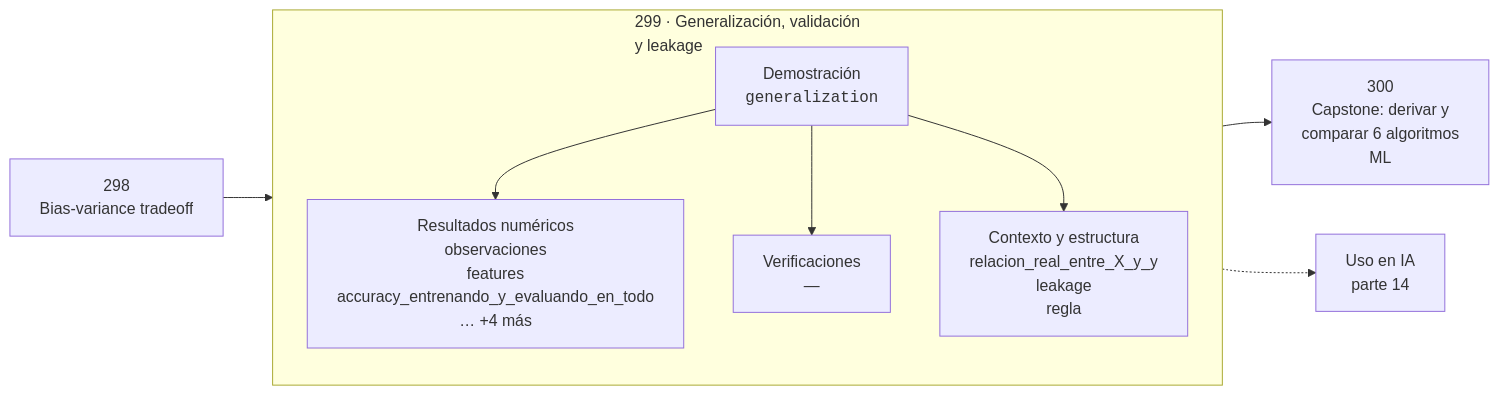
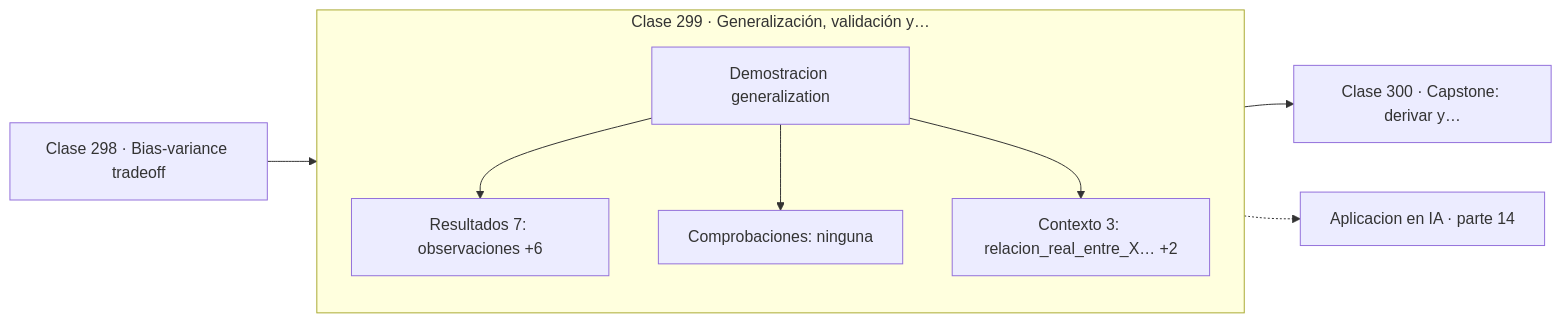
One commit to vladimiracunadev-create/computational-mathematics-program changed the diagram in classes/part-14-matematica-de-machine-learning/299-generalizacion-validacion-y-leakage/README.md. Above: the diagram before and after it, drawn with Mermaid. The commit also changed 389 other files, not shown here.

First line of the commit message:
fix(diagramas): elimina el HTML de las etiquetas Mermaid

````diff
--- a/classes/part-14-matematica-de-machine-learning/299-generalizacion-validacion-y-leakage/README.md
+++ b/classes/part-14-matematica-de-machine-learning/299-generalizacion-validacion-y-leakage/README.md
@@ -30,12 +30,13 @@
 ```mermaid
 flowchart LR
-    P["298<br/>Bias-variance tradeoff"] --> C
-    subgraph C["299 · Generalización, validación<br/>y leakage"]
+    P["Clase 298 · Bias-variance tradeoff"] --> D
+    subgraph CLASE["Clase 299 · Generalización, validación y…"]
         direction TB
-        D["Demostración<br/><code>generalization</code>"] --> R["Resultados numéricos<br/>observaciones<br/>features<br/>accuracy_entrenando_y_evaluando_en_todo<br/>… +4 más"]
-        D --> V["Verificaciones<br/>—"]
-        D --> O["Contexto y estructura<br/>relacion_real_entre_X_y_y<br/>leakage<br/>regla"]
+        D["Demostracion generalization"]
+        D --> R["Resultados 7: observaciones +6"]
+        D --> V["Comprobaciones: ninguna"]
+        D --> O["Contexto 3: relacion_real_entre_X… +2"]
     end
-    C --> N["300<br/>Capstone: derivar y<br/>comparar 6 algoritmos<br/>ML"]
-    C -.-> IA["Uso en IA<br/>parte 14"]
+    R --> N["Clase 300 · Capstone: derivar y…"]
+    V -.-> IA["Aplicacion en IA · parte 14"]
 ```
````
